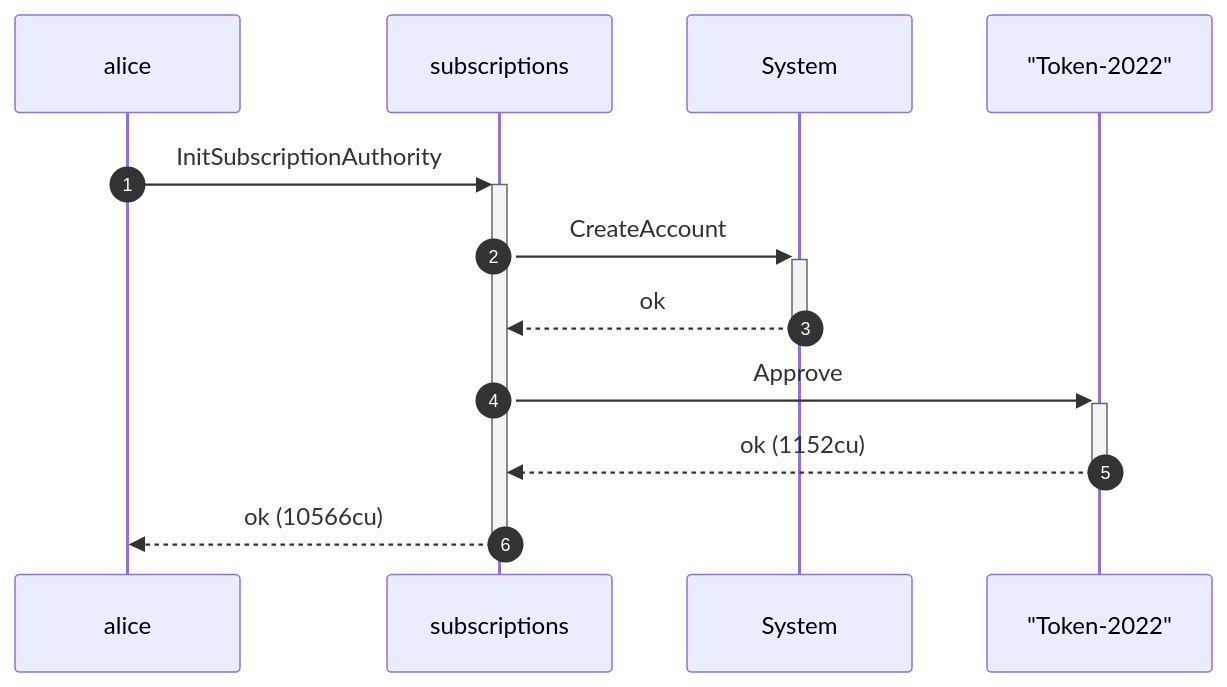
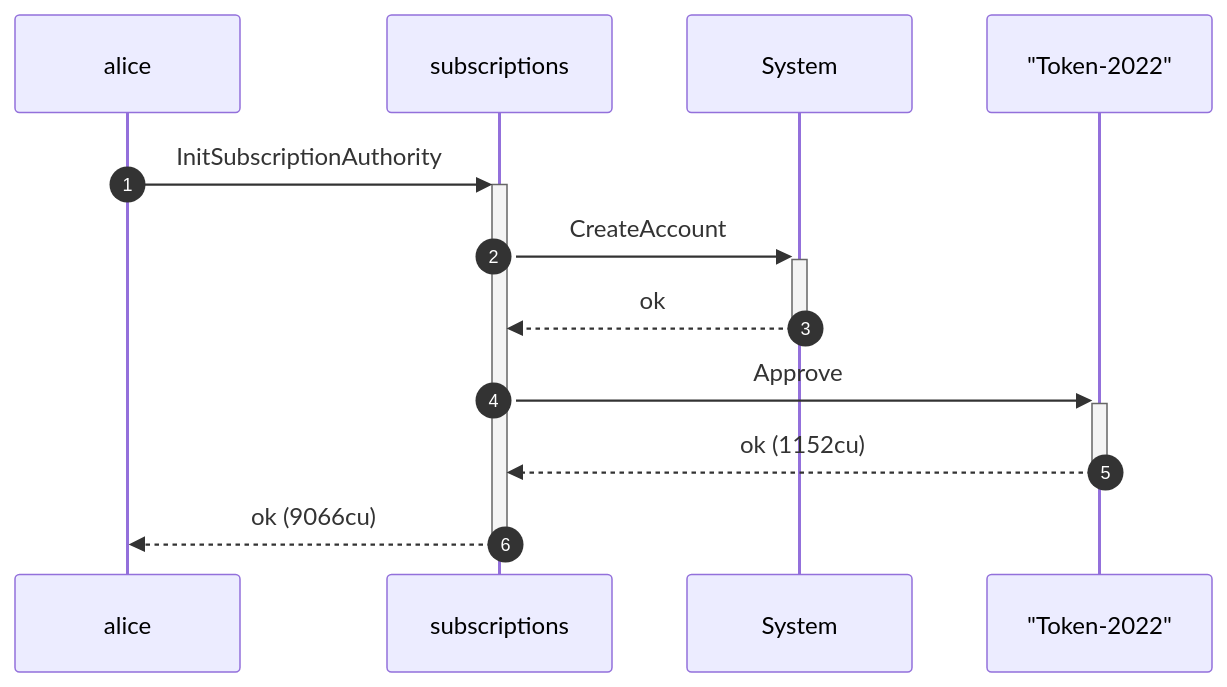
The second of 4 diagrams in dsl_tests/initialize-over-a-token-2022-mint---transferfeeconfig--transferhook--.md (cds-rs/subscriptions), drawn with Mermaid before and after one commit. The commit also changed other lines of this file and 224 other files, not shown here.

````diff
--- a/dsl_tests/initialize-over-a-token-2022-mint---transferfeeconfig--transferhook--.md
+++ b/dsl_tests/initialize-over-a-token-2022-mint---transferfeeconfig--transferhook--.md
@@ -38,14 +39,14 @@
 ```mermaid
 sequenceDiagram
     autonumber
     participant alice
     participant subscriptions
     participant System
     participant Token_2022 as "Token-2022"
     alice ->>+ subscriptions: InitSubscriptionAuthority
     subscriptions ->>+ System: CreateAccount
     System -->>- subscriptions: ok
     subscriptions ->>+ Token_2022: Approve
     Token_2022 -->>- subscriptions: ok (1152cu)
-    subscriptions -->>- alice: ok (10566cu)
+    subscriptions -->>- alice: ok (9066cu)
 ```
````
